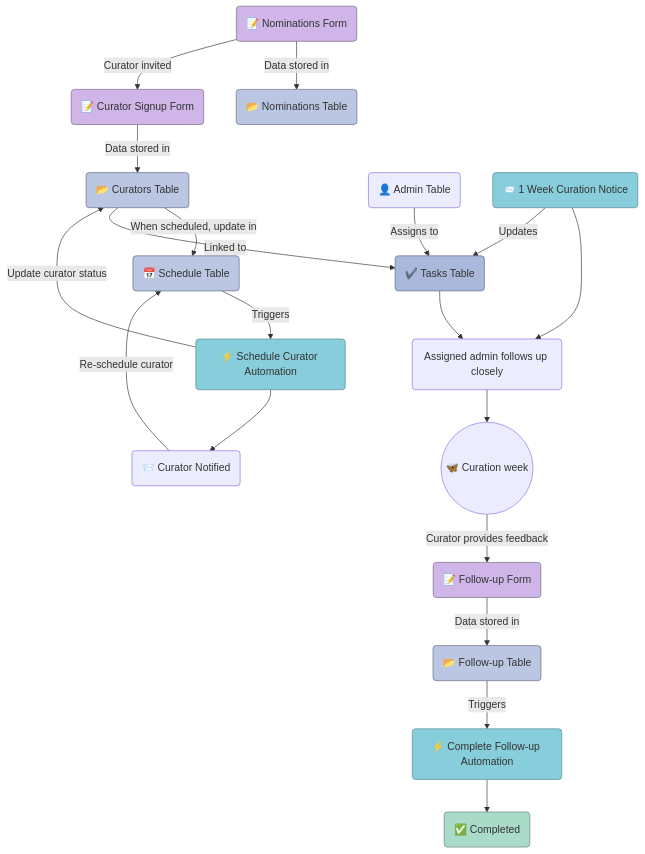
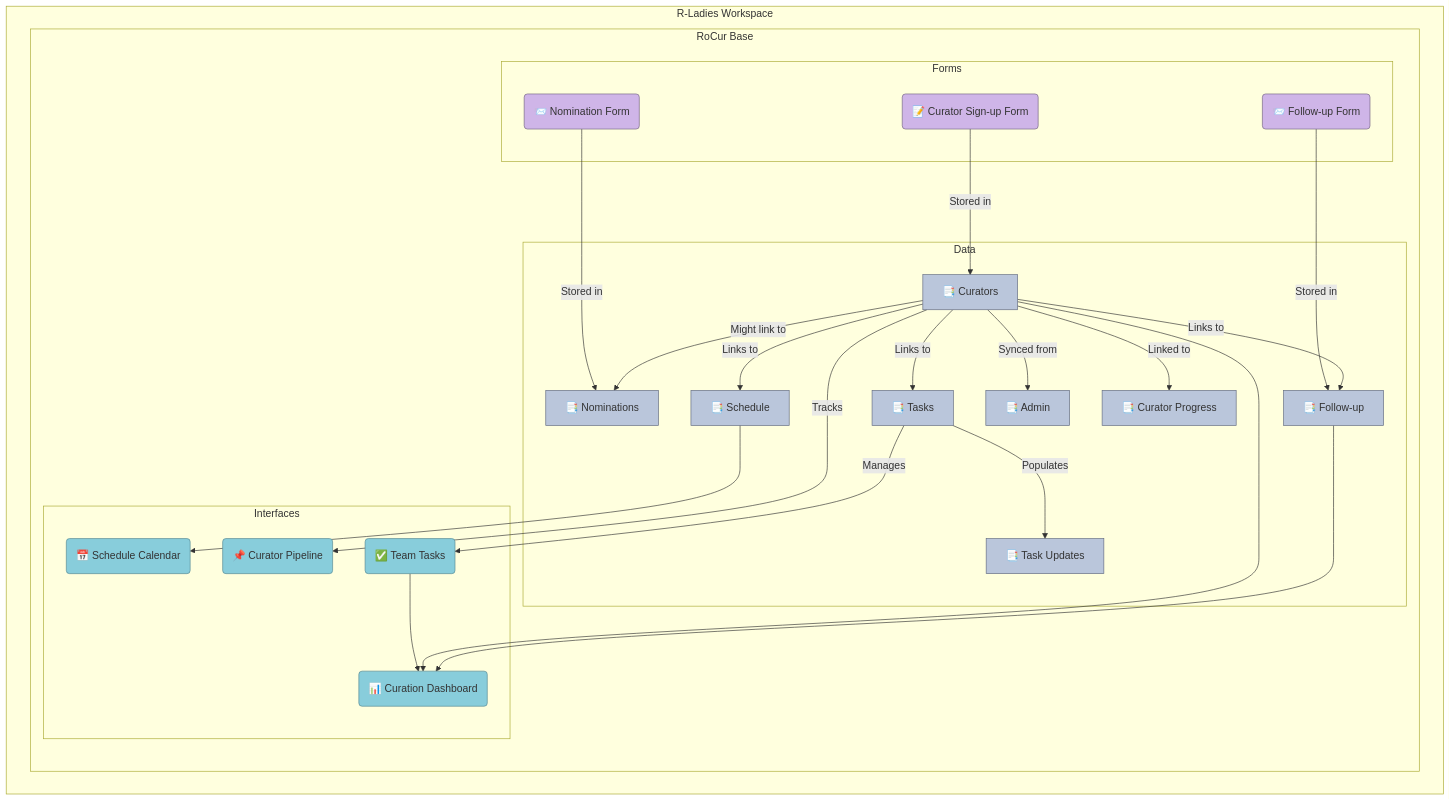
Before and after one commit to rladies/rladiesguide: the first of 2 diagrams in content/rocur/admin guide/airtable/index.en.md, drawn with Mermaid.

Commit message:
fix mermaids

```diff
--- a/content/rocur/admin guide/airtable/index.en.md
+++ b/content/rocur/admin guide/airtable/index.en.md
@@ -234,64 +162,74 @@
-{{<mermaid align="left">}}
+{{<mermaid  align="left">}}
 
 graph TD;
-%% Forms
-NominationsForm("📝 Nominations Form");
-SignupForm("📝 Curator Signup Form");
-FollowUpForm("📝 Follow-up Form");
 
-%% Tables
-NominationsTable("📂 Nominations Table");
-CuratorsTable("📂 Curators Table");
-ScheduleTable("📅 Schedule Table");
-FollowUpTable("📂 Follow-up Table");
-TasksTable("✔️ Tasks Table");
-AdminTable("👤 Admin Table");
+subgraph R-Ladies Workspace
 
-%% Actions
-ScheduleAutomation("⚡ Schedule Curator Automation");
-WeekNotice("📨 1 Week Curation Notice");
-CompletionAutomation("⚡ Complete Follow-up Automation");
-PreCurationWeek("Assigned admin follows up closely");
-CurationWeek(("🦋 Curation week"));
+subgraph RoCur Base
 
-NominationsForm -->|Data stored in| NominationsTable;
-NominationsForm -->|Curator invited| SignupForm;
-SignupForm -->|Data stored in| CuratorsTable;
+      subgraph Data
+        NominationsTable["📑 Nominations"]
+        CuratorsTable["📑 Curators"]
+        ScheduleTable["📑 Schedule"]
+        FollowUpTable["📑 Follow-up"]
+        TasksTable["📑 Tasks"]
+        AdminTable["📑 Admin"]
+        TaskUpdatesTable["📑 Task Updates"]
+        CuratorProgressTable["📑 Curator Progress"]
+      end
 
-AdminTable --> |Assigns to| TasksTable;
+      subgraph Forms
+        NominationForm("📨 Nomination Form")
+        SignupForm("📝 Curator Sign-up Form")
+        FollowUpForm("📨 Follow-up Form")
+      end
 
-CuratorsTable -->|When scheduled, update in| ScheduleTable;
-ScheduleTable -->|Triggers| ScheduleAutomation;
-ScheduleAutomation -->CuratorNotified
-CuratorNotified -->|Re-schedule curator | ScheduleTable
-CuratorNotified("📨 Curator Notified");
-ScheduleAutomation -->|Update curator status| CuratorsTable;
-CuratorsTable -->|Linked to| TasksTable;
+      subgraph Interfaces
+        Dashboard("📊 Curation Dashboard")
+        Calendar("📅 Schedule Calendar")
+        Pipeline("📌 Curator Pipeline")
+        TeamTasks("✅ Team Tasks")
+      end
 
-WeekNotice --> PreCurationWeek;
-WeekNotice --> |Updates | TasksTable;
-TasksTable --> PreCurationWeek;
-PreCurationWeek --> CurationWeek
-CurationWeek -->|Curator provides feedback| FollowUpForm;
-FollowUpForm -->|Data stored in| FollowUpTable;
+end
+end
 
-FollowUpTable -->|Triggers| CompletionAutomation;
-CompletionAutomation --> CompletedCurators("✅ Completed");
+%% Connections
+NominationForm -->|Stored in| NominationsTable
+SignupForm -->|Stored in| CuratorsTable
+FollowUpForm -->|Stored in| FollowUpTable
+CuratorsTable -->|Links to| ScheduleTable
+ScheduleTable --> Calendar
+CuratorsTable -->|Tracks| Pipeline
+TasksTable -->|Manages| TeamTasks
+CuratorsTable -->|Links to| FollowUpTable
+CuratorsTable -->|Links to| TasksTable
+CuratorsTable -->|Might link to| NominationsTable
+
+TeamTasks --> Dashboard
+CuratorsTable --> Dashboard
+FollowUpTable --> Dashboard
+
+CuratorsTable -->|Synced from| AdminTable
+TasksTable -->|Populates| TaskUpdatesTable
+CuratorsTable -->|Linked to| CuratorProgressTable
 
 style NominationsTable fill:#a9b8dbcc,stroke:#616a80;
 style CuratorsTable fill:#a9b8dbcc,stroke:#616a80;
 style ScheduleTable fill:#a9b8dbcc,stroke:#616a80;
 style FollowUpTable fill:#a9b8dbcc,stroke:#616a80;
-style TasksTable fill:#a9b8db,stroke:#616a80;
+style TasksTable fill:#a9b8dbcc,stroke:#616a80;
+style AdminTable fill:#a9b8dbcc,stroke:#616a80;
+style TaskUpdatesTable fill:#a9b8dbcc,stroke:#616a80;
+style CuratorProgressTable fill:#a9b8dbcc,stroke:#616a80;
 
-style NominationsForm fill:#cfb5e8,stroke:#736382;
+style NominationForm fill:#cfb5e8,stroke:#736382;
 style SignupForm fill:#cfb5e8,stroke:#736382;
 style FollowUpForm fill:#cfb5e8,stroke:#736382;
 
-style CompletionAutomation fill:#88cddb,stroke:#578891;
-style ScheduleAutomation fill:#88cddb,stroke:#578891;
-style WeekNotice fill:#88cddb,stroke:#578891;
-
-style CompletedCurators fill:#a9dbc8,stroke:#638276;
+style Dashboard fill:#88cddb,stroke:#578891;
+style Calendar fill:#88cddb,stroke:#578891;
+style Pipeline fill:#88cddb,stroke:#578891;
+style TeamTasks fill:#88cddb,stroke:#578891;
 
 {{< /mermaid >}}
```
